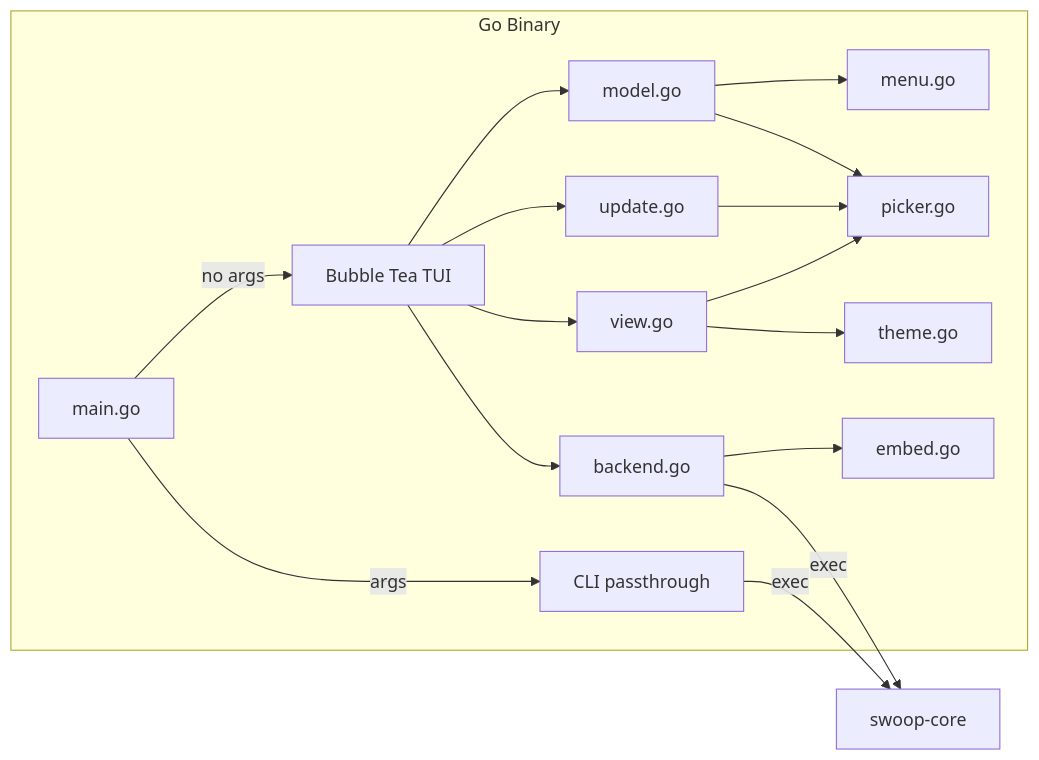
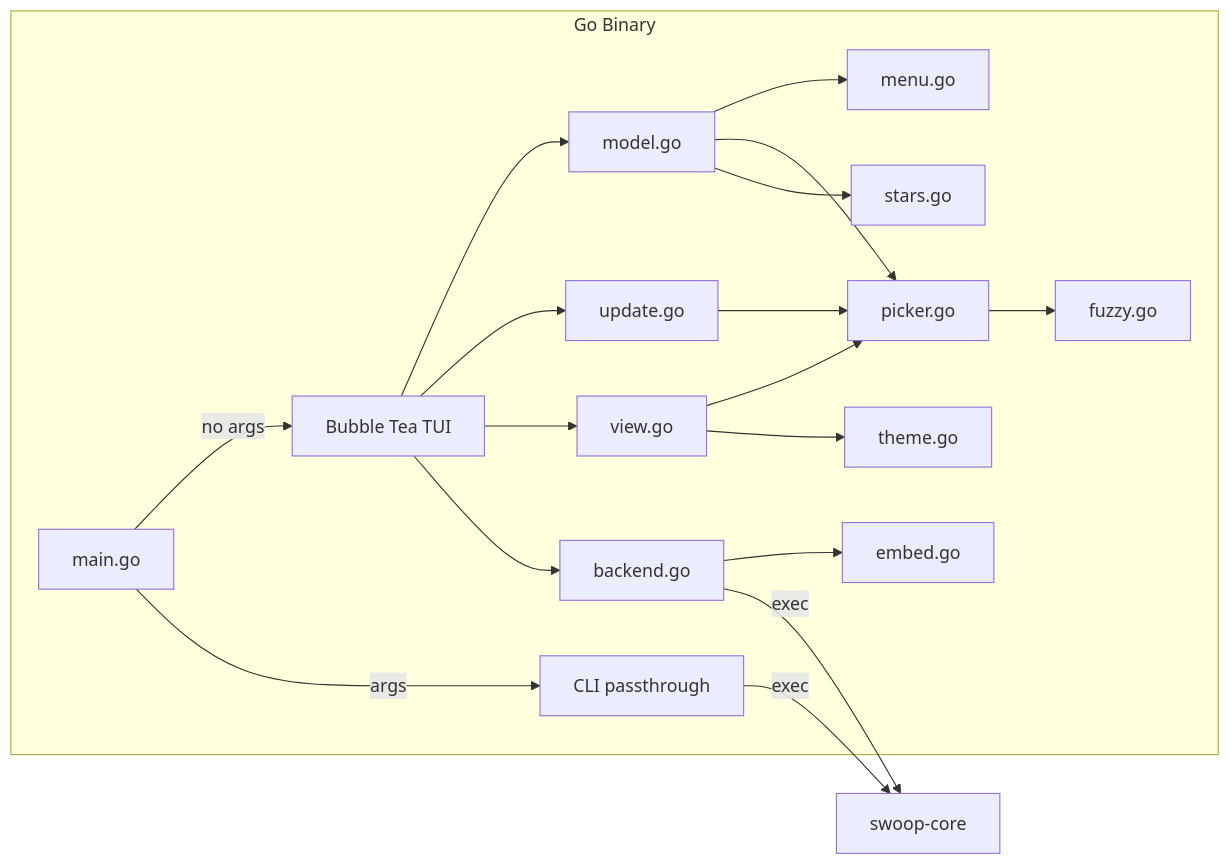
The first of 3 diagrams in docs/ARCHITECTURE.md (StreamlinedStartup/skillswoop), drawn with Mermaid before and after one commit. The commit also changed other lines of this file, not shown here.

First line of the commit message:
docs: sync ARCHITECTURE.md with post-rebase codebase

````diff
--- a/docs/ARCHITECTURE.md
+++ b/docs/ARCHITECTURE.md
@@ -7,20 +7,22 @@
 ```mermaid
 graph LR
     subgraph "Go Binary"
         M[main.go] -->|no args| BT[Bubble Tea TUI]
         M -->|args| PT[CLI passthrough]
         BT --> MOD[model.go]
         BT --> UPD[update.go]
         BT --> VW[view.go]
         MOD --> MN[menu.go]
         MOD --> PK[picker.go]
         UPD --> PK
         VW --> PK
         VW --> TH[theme.go]
         BT --> BE[backend.go]
         BE --> EM[embed.go]
+        MOD --> ST[stars.go]
+        PK --> FZ[fuzzy.go]
     end
 
     PT -->|exec| ENG[swoop-core]
     BE -->|exec| ENG
 ```
````
